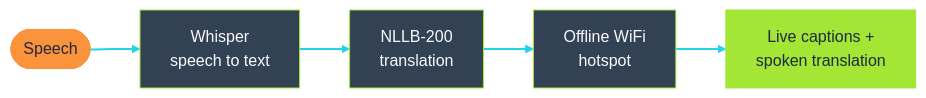
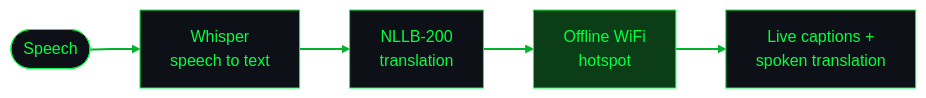
One commit to khushi-070906/khushi-070906 changed the second of 3 diagrams in README.md. Above: the diagram before and after it, drawn with Mermaid. The commit also changed other lines of this file and 10 other files, not shown here.

````diff
--- a/README.md
+++ b/README.md
@@ -43,8 +40,7 @@
 ```mermaid
-%%{init: {'theme':'base','themeVariables':{'primaryColor':'#334155','primaryTextColor':'#F8FAFC','primaryBorderColor':'#A3E635','lineColor':'#22D3EE','fontFamily':'monospace'}}}%%
+%%{init: {'theme':'base','themeVariables':{'primaryColor':'#0d1117','primaryTextColor':'#00FF41','primaryBorderColor':'#00FF41','lineColor':'#00B32C','fontFamily':'monospace'}}}%%
 flowchart LR
     A(["Speech"]) --> B["Whisper<br/>speech to text"] --> C["NLLB-200<br/>translation"] --> D["Offline WiFi<br/>hotspot"] --> E["Live captions +<br/>spoken translation"]
-    linkStyle default stroke:#22D3EE,stroke-width:2px
-    style A fill:#FB923C,stroke:#FB923C,color:#1E293B
-    style E fill:#A3E635,stroke:#A3E635,color:#1E293B
+    linkStyle default stroke:#00B32C,stroke-width:2px
+    style D fill:#0B3D17,stroke:#00FF41,color:#00FF41
 ```
````
